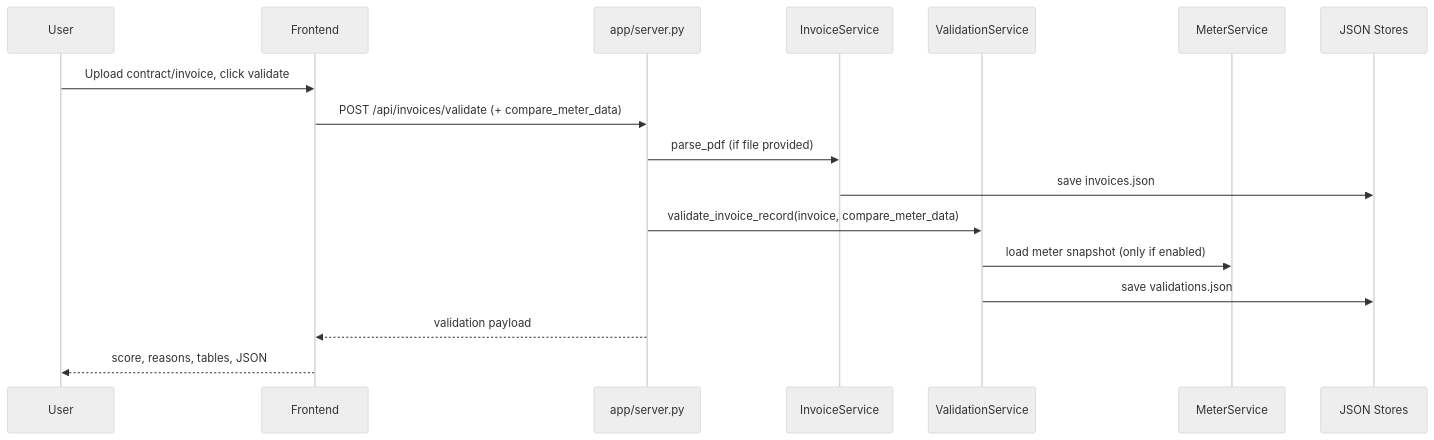
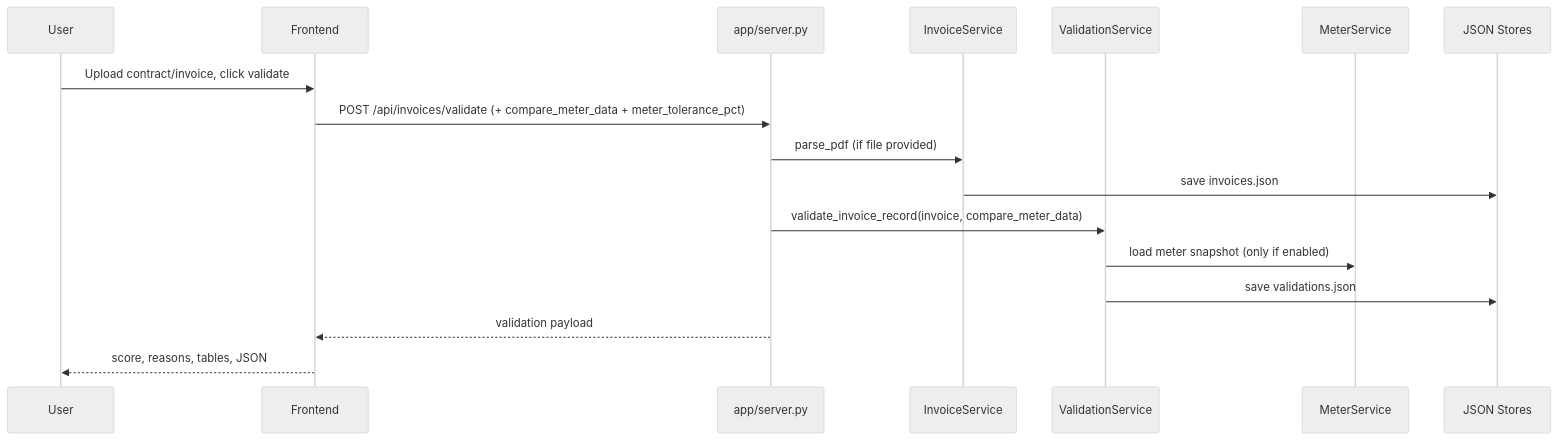
One commit to Kamad11/Validation-Tool changed the second of 2 diagrams in ARCHITECTURE_V1.md. Above: the diagram before and after it, drawn with Mermaid (neutral theme). The commit also changed other lines of this file and 3 other files, not shown here.

Commit message:
Improve Azure chat diagnostics and refresh architecture/plan/readme docs

````diff
--- a/ARCHITECTURE_V1.md
+++ b/ARCHITECTURE_V1.md
@@ -248,20 +258,20 @@
 ```mermaid
 sequenceDiagram
   participant U as User
   participant FE as Frontend
   participant API as app/server.py
   participant INV as InvoiceService
   participant VAL as ValidationService
   participant MET as MeterService
   participant DS as JSON Stores
 
   U->>FE: Upload contract/invoice, click validate
-  FE->>API: POST /api/invoices/validate (+ compare_meter_data)
+  FE->>API: POST /api/invoices/validate (+ compare_meter_data + meter_tolerance_pct)
   API->>INV: parse_pdf (if file provided)
   INV->>DS: save invoices.json
   API->>VAL: validate_invoice_record(invoice, compare_meter_data)
   VAL->>MET: load meter snapshot (only if enabled)
   VAL->>DS: save validations.json
   API-->>FE: validation payload
   FE-->>U: score, reasons, tables, JSON
 ```
````
